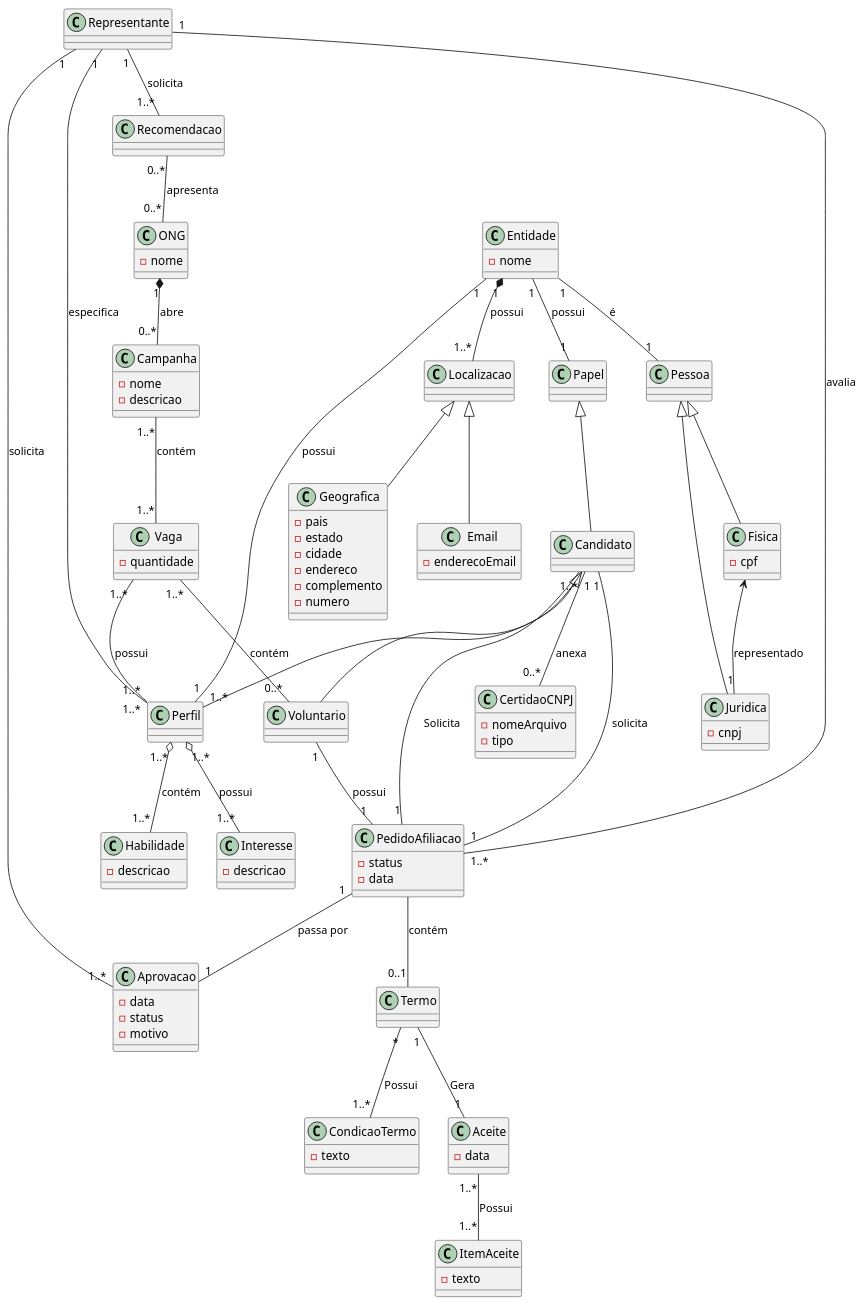
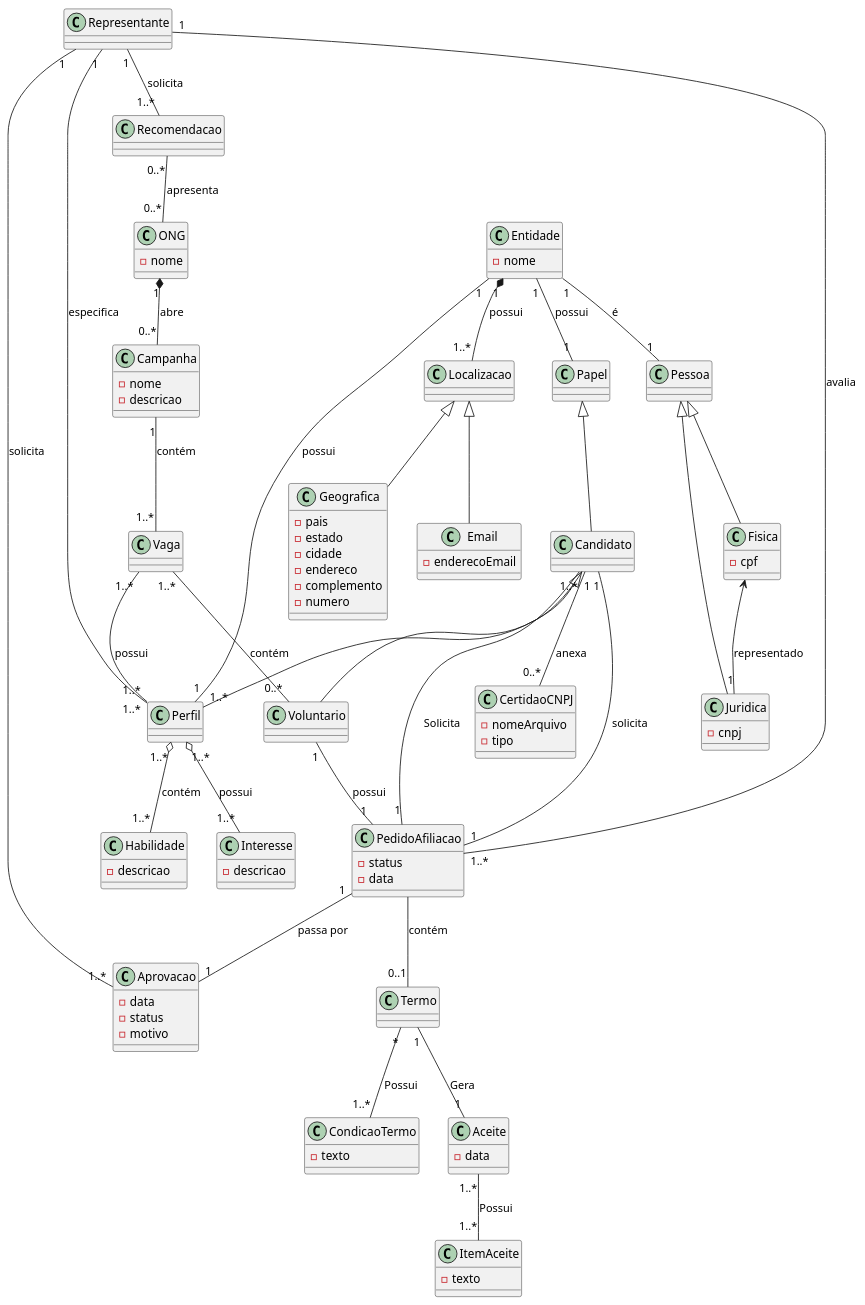
One commit to guisgiacomini/redeMaisSocialProjetoSoftware changed the diagram in docs/diagrama-de-classes-dominio-revisado/diagrama-dominio-revisado.puml. Above: the diagram before and after it, drawn with PlantUML.

Commit message:
Update diagrama de classes de dominio

```diff
--- a/docs/diagrama-de-classes-dominio-revisado/diagrama-dominio-revisado.puml
+++ b/docs/diagrama-de-classes-dominio-revisado/diagrama-dominio-revisado.puml
@@ -1,152 +1,152 @@
 @startuml
 
 class Entidade {
   -nome
 }
 
 class Vaga {
- -quantidade
+ 
 }
 
 class Papel 
 
 class Pessoa
 
 class Fisica extends Pessoa {
   -cpf
 }
 
 class Juridica extends Pessoa{
   -cnpj
 }
 
 class Candidato extends Papel{
 }
 
 class ONG { 
     -nome
 }
 
 class Voluntario extends Candidato {
 
 }
 
 class Campanha {
     -nome
     -descricao
 }
 
 
 class Perfil {
 
 }
 
 class Habilidade {
     -descricao
 }
 
 class Interesse {
     -descricao
 }
 
 class Representante {
     
 }
 
 class Email extends Localizacao{
     -enderecoEmail
 }
 
 class Localizacao {
 
 }
 
 class Geografica extends Localizacao{
     -pais
     -estado
     -cidade
     -endereco
     -complemento
     -numero
 }
 
 class Recomendacao {
 
 }
 
 class Aprovacao {
     -data
     -status
     -motivo
 }
 
 class CertidaoCNPJ {
     -nomeArquivo
     -tipo
 }
 
 class "Termo" as Termo{
 }
 
 class CondicaoTermo{
     -texto
 }
 
 class Aceite {
  -data
 }
 
 class ItemAceite {
  -texto
 }
 
 class PedidoAfiliacao {
     -status
     -data
 }
 
 Perfil "1..*" o-- "1..*" Habilidade: contém
 Perfil "1..*" o-- "1..*" Interesse: possui
 
 Entidade "1" -- "1" Papel: possui
 Entidade "1" -- "1" Pessoa: é
 
 Fisica <-- "1" Juridica: representado
 
 Candidato "1" -- "1" PedidoAfiliacao: solicita
 Candidato "1" -- "0..*" CertidaoCNPJ: anexa
 Candidato "1..*" -- "1..*" Perfil
 Candidato -- "1" PedidoAfiliacao: Solicita
 
 
 Entidade "1" -- "1" Perfil: possui
 Entidade "1" *-- "1..*" Localizacao: possui
 
 ONG "1" *-- "0..*" Campanha: abre
-Campanha "1..*" -- "1..*" Vaga: contém
+Campanha "1" -- "1..*" Vaga: contém
 
 Vaga "1..*" -- "1..*" Perfil: possui
 Vaga "1..*" -- "0..*" Voluntario: contém
 
 Representante "1" -- "1..*" PedidoAfiliacao: avalia
 Representante "1" -- "1..*" Aprovacao: solicita
 Representante "1" -- "1..*" Perfil: especifica
 Representante "1" -- "1..*" Recomendacao: solicita
 
 Recomendacao "0..*" -- "0..*" ONG: apresenta
 
 PedidoAfiliacao "1" -- "1" Aprovacao : "passa por"
 
 Voluntario "1" -- "1" PedidoAfiliacao: "possui"
 
 
 PedidoAfiliacao -- "0..1" Termo: contém
 
 Termo "*" -- "1..*" CondicaoTermo: Possui
 
 Termo "1" -- "1" Aceite: Gera
 
 Aceite "1..*" -- "1..*" ItemAceite: Possui
 
 
 @enduml
```
